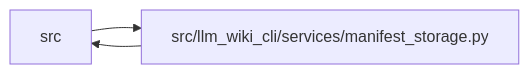
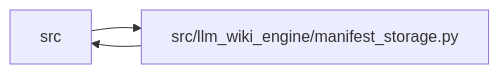
The diagram in docs/llm_wiki/modules/manifest_storage.md (Denissvgn/python-wiki-llm), drawn with Mermaid before and after one commit. The commit also changed other lines of this file and 1058 other files, not shown here.

````diff
--- a/docs/llm_wiki/modules/manifest_storage.md
+++ b/docs/llm_wiki/modules/manifest_storage.md
@@ -32,8 +32,8 @@
 ```mermaid
 flowchart LR
     n0["src"]
-    n1["src/llm_wiki_cli/services/manifest_storage.py"]
+    n1["src/llm_wiki_engine/manifest_storage.py"]
     n0 --> n1
     n1 --> n0
     click n1 "../modules/manifest_storage.md"
 ```
````
